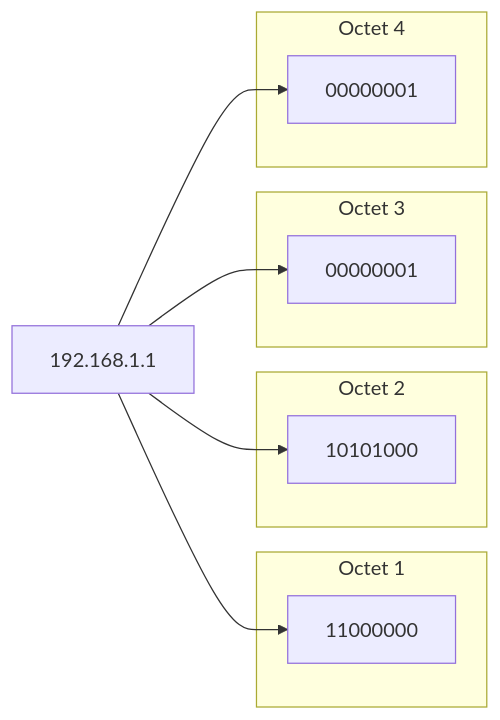
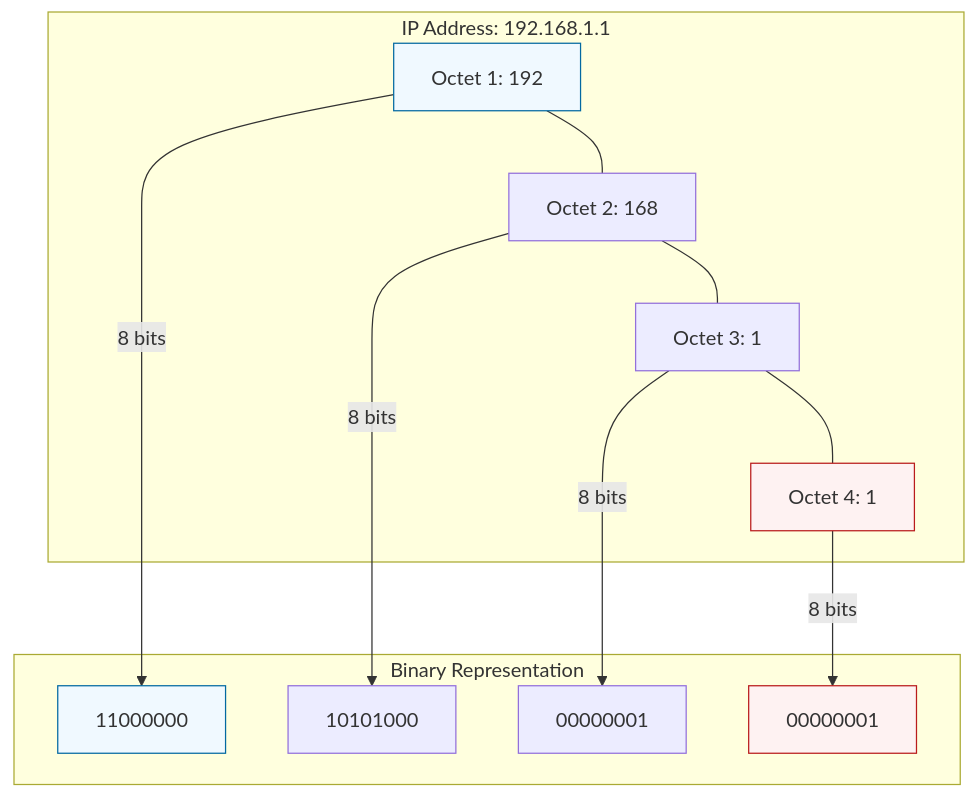
The diagram in 2-Intermediate/01-Phase-1/01-Networking/02-Subnetting-and-CIDR/01-Binary-and-IP-Fundamentals/README.md (Ganil151/Devops), drawn with Mermaid before and after one commit. The commit also changed other lines of this file and 51 other files, not shown here.

````diff
--- a/2-Intermediate/01-Phase-1/01-Networking/02-Subnetting-and-CIDR/01-Binary-and-IP-Fundamentals/README.md
+++ b/2-Intermediate/01-Phase-1/01-Networking/02-Subnetting-and-CIDR/01-Binary-and-IP-Fundamentals/README.md
@@ -9,20 +5,25 @@
 ```mermaid
-graph LR
-    Address[192.168.1.1] --> O1[11000000]
-    Address --> O2[10101000]
-    Address --> O3[00000001]
-    Address --> O4[00000001]
+graph TD
+    subgraph IP_Structure[IP Address: 192.168.1.1]
+        O1[Octet 1: 192] --- O2[Octet 2: 168]
+        O2 --- O3[Octet 3: 1]
+        O3 --- O4[Octet 4: 1]
+    end
 
-subgraph "Octet 1"
-    O1
+    subgraph Binary_Conversion[Binary Representation]
+        B1[11000000]
+        B2[10101000]
+        B3[00000001]
+        B4[00000001]
     end
-    subgraph "Octet 2"
-    O2
-    end
-    subgraph "Octet 3"
-    O3
-    end
-    subgraph "Octet 4"
-    O4
-    end
+
+    O1 -- 8 bits --> B1
+    O2 -- 8 bits --> B2
+    O3 -- 8 bits --> B3
+    O4 -- 8 bits --> B4
+
+    style O1 fill:#f0f9ff,stroke:#0369a1
+    style B1 fill:#f0f9ff,stroke:#0369a1
+    style O4 fill:#fef2f2,stroke:#b91c1c
+    style B4 fill:#fef2f2,stroke:#b91c1c
 ```
````
